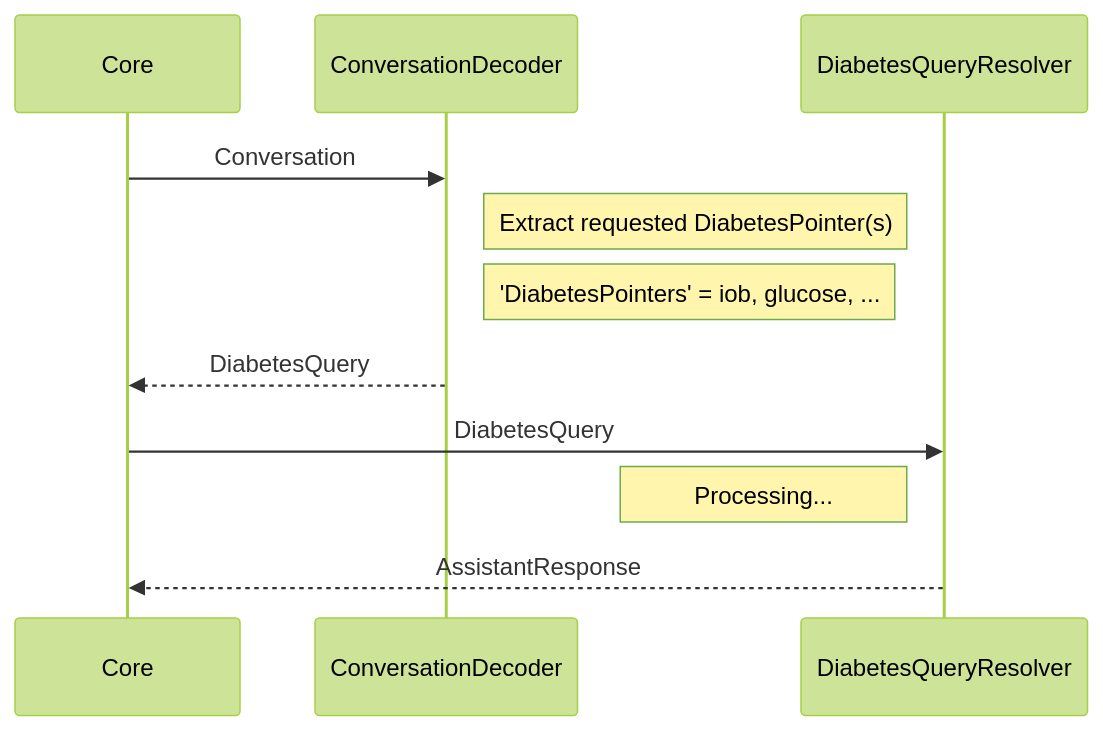
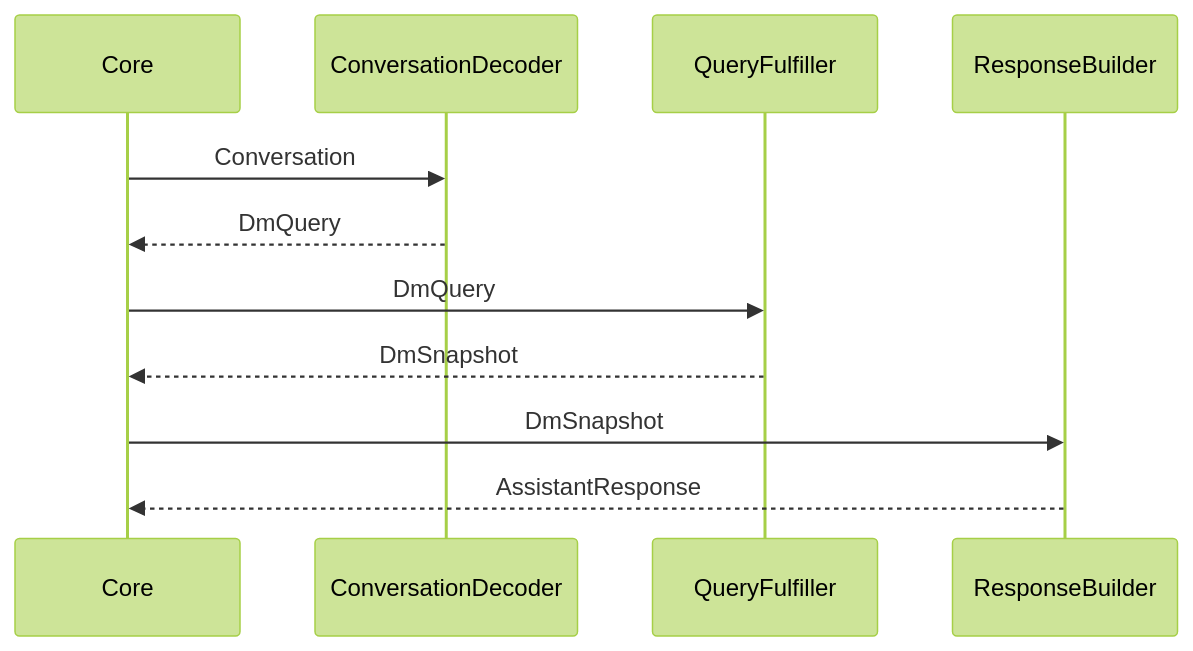
The second of 3 diagrams in CONTRIBUTING.md (nielsmaerten/gluco-check), drawn with Mermaid (forest theme) before and after one commit. The commit also changed other lines of this file and 118 other files, not shown here.

````diff
--- a/CONTRIBUTING.md
+++ b/CONTRIBUTING.md
@@ -104,10 +146,9 @@
 ```mermaid
 sequenceDiagram
 Core->>ConversationDecoder: Conversation
-Note right of ConversationDecoder: Extract requested DiabetesPointer(s)
-Note right of ConversationDecoder: 'DiabetesPointers' = iob, glucose, ...
-ConversationDecoder-->>Core: DiabetesQuery
-Core->>DiabetesQueryResolver: DiabetesQuery
-Note left of DiabetesQueryResolver: Processing...
-DiabetesQueryResolver-->>Core: AssistantResponse
+ConversationDecoder-->>Core: DmQuery
+Core->>QueryFulfiller: DmQuery
+QueryFulfiller-->>Core: DmSnapshot
+Core->>ResponseBuilder: DmSnapshot
+ResponseBuilder-->>Core: AssistantResponse
 ```
````
